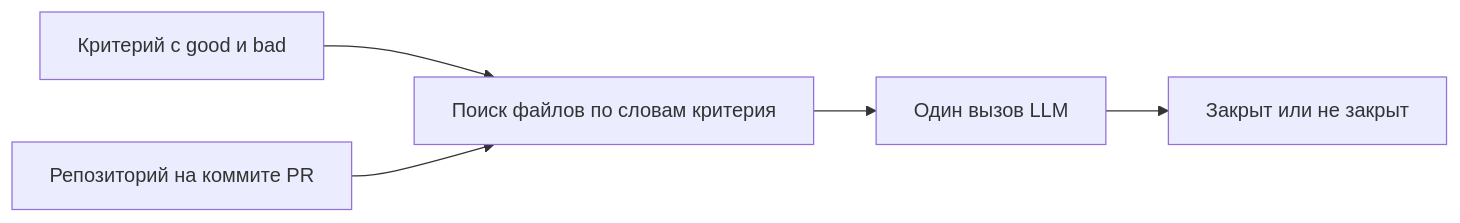
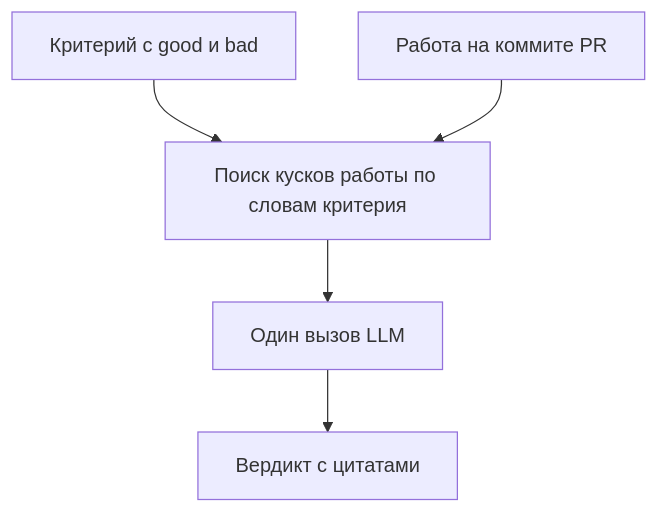
The third of 4 diagrams in docs/ml_system_design_doc.md (ChS23/mlsd-judge), drawn with Mermaid before and after one commit. The commit also changed other lines of this file, not shown here.

First line of the commit message:
docs: схемы и таблица ФТ читаются на GitHub

````diff
--- a/docs/ml_system_design_doc.md
+++ b/docs/ml_system_design_doc.md
@@ -419,8 +419,7 @@
 ```mermaid
-%%{init: {"flowchart": {"wrappingWidth": 300}}}%%
-flowchart LR
-    T[Критерий с good и bad] --> R[Поиск файлов по словам критерия]
-    PR[Репозиторий на коммите PR] --> R
+flowchart TB
+    T[Критерий с good и bad] --> R[Поиск кусков работы по словам критерия]
+    PR[Работа на коммите PR] --> R
     R --> L[Один вызов LLM]
-    L --> V[Закрыт или не закрыт]
+    L --> V[Вердикт с цитатами]
 ```
````
